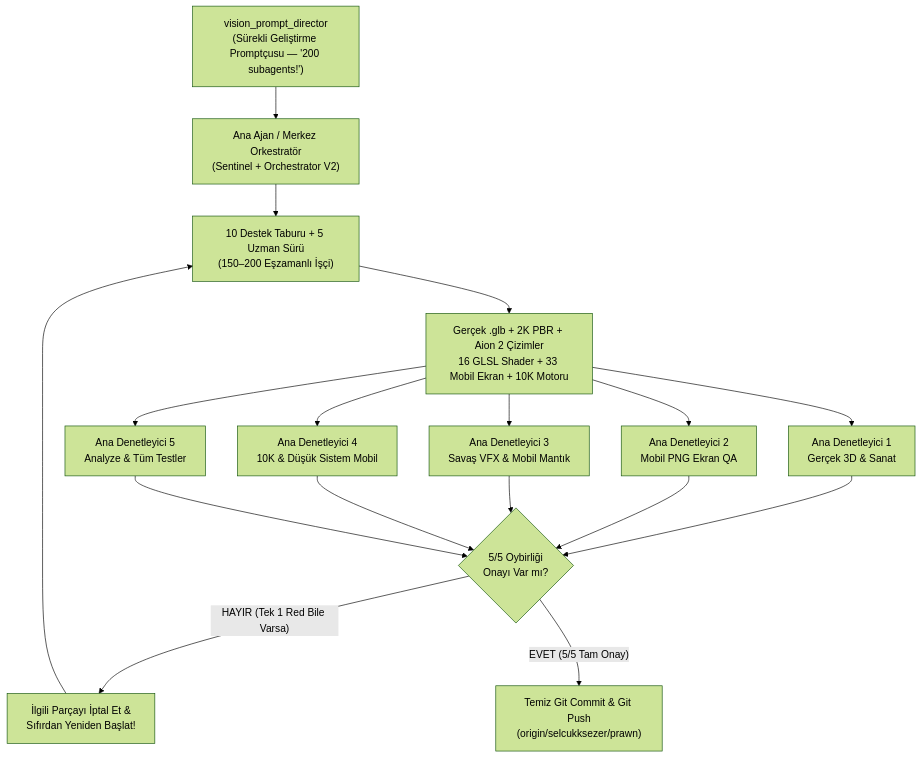
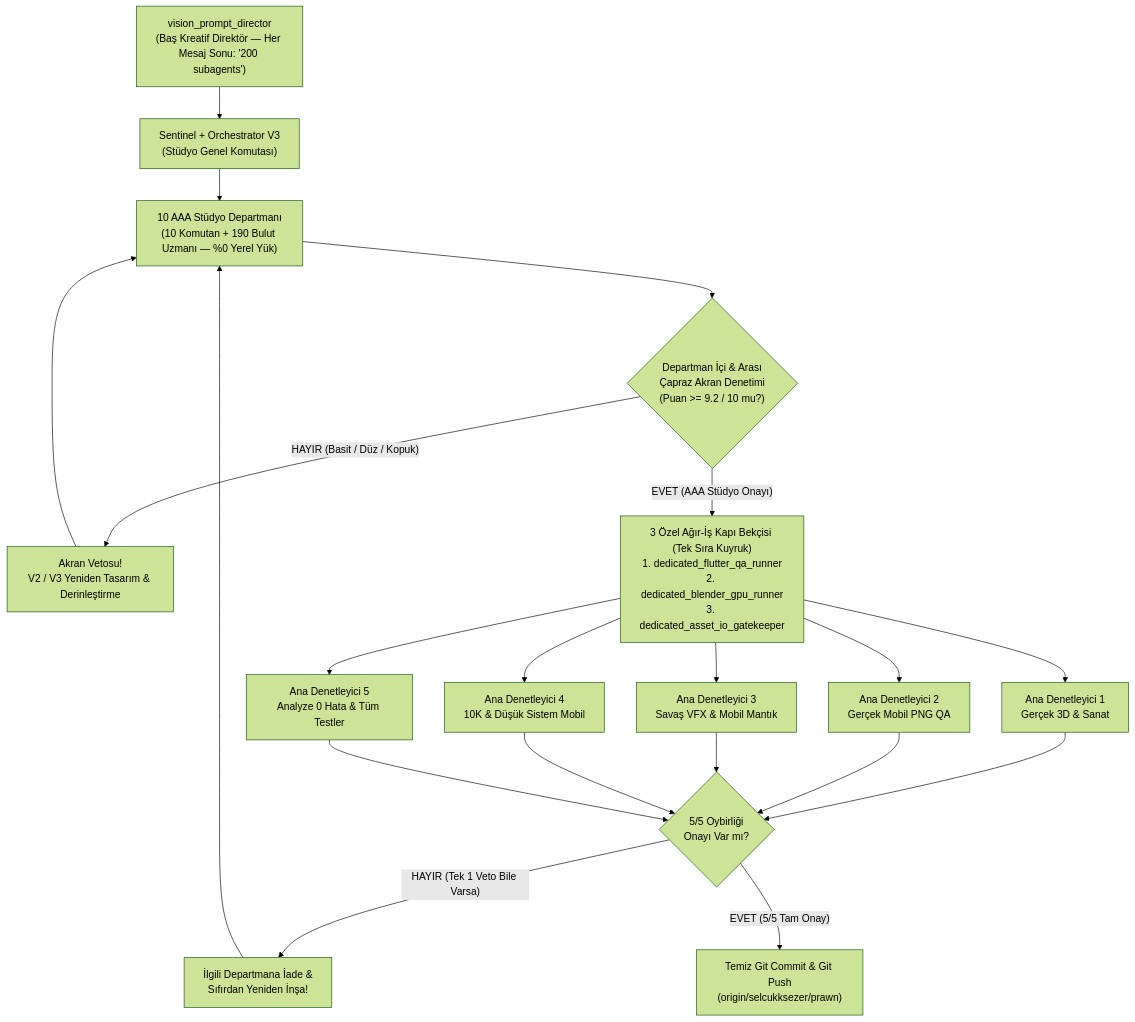
The diagram in PROMPT_ORDUSU.md (selcukksezer/gkk_flutter), drawn with Mermaid (forest theme) before and after one commit. The commit also changed other lines of this file, not shown here.

Commit message:
docs: add studio peer-audit & PC-safe rules

````diff
--- a/PROMPT_ORDUSU.md
+++ b/PROMPT_ORDUSU.md
@@ -362,15 +344,18 @@
 ```mermaid
 flowchart TD
-    VPD["vision_prompt_director\n(Sürekli Geliştirme Promptçusu — '200 subagents!')"] --> ORCH["Ana Ajan / Merkez Orkestratör\n(Sentinel + Orchestrator V2)"]
-    ORCH --> BAT["10 Destek Taburu + 5 Uzman Sürü\n(150–200 Eşzamanlı İşçi)"]
-    BAT --> OUT["Gerçek .glb + 2K PBR + Aion 2 Çizimler\n16 GLSL Shader + 33 Mobil Ekran + 10K Motoru"]
-    OUT --> A1["Ana Denetleyici 1\nGerçek 3D & Sanat"]
-    OUT --> A2["Ana Denetleyici 2\nMobil PNG Ekran QA"]
-    OUT --> A3["Ana Denetleyici 3\nSavaş VFX & Mobil Mantık"]
-    OUT --> A4["Ana Denetleyici 4\n10K & Düşük Sistem Mobil"]
-    OUT --> A5["Ana Denetleyici 5\nAnalyze & Tüm Testler"]
-    A1 & A2 & A3 & A4 & A5 --> DECISION{"5/5 Oybirliği\nOnayı Var mı?"}
-    DECISION -- "HAYIR (Tek 1 Red Bile Varsa)" --> REBUILD["İlgili Parçayı İptal Et &\nSıfırdan Yeniden Başlat!"]
-    REBUILD --> BAT
-    DECISION -- "EVET (5/5 Tam Onay)" --> GIT["Temiz Git Commit & Git Push\n(origin/selcukksezer/prawn)"]
+    VPD["vision_prompt_director\n(Baş Kreatif Direktör — Her Mesaj Sonu: '200 subagents')"] --> CMD["Sentinel + Orchestrator V3\n(Stüdyo Genel Komutası)"]
+    CMD --> DEPTS["10 AAA Stüdyo Departmanı\n(10 Komutan + 190 Bulut Uzmanı — %0 Yerel Yük)"]
+    DEPTS --> PEER{"Departman İçi & Arası\nÇapraz Akran Denetimi\n(Puan >= 9.2 / 10 mu?)"}
+    PEER -- "HAYIR (Basit / Düz / Kopuk)" --> V2V3["Akran Vetosu!\nV2 / V3 Yeniden Tasarım & Derinleştirme"]
+    V2V3 --> DEPTS
+    PEER -- "EVET (AAA Stüdyo Onayı)" --> GATE["3 Özel Ağır-İş Kapı Bekçisi (Tek Sıra Kuyruk)\n1. dedicated_flutter_qa_runner\n2. dedicated_blender_gpu_runner\n3. dedicated_asset_io_gatekeeper"]
+    GATE --> A1["Ana Denetleyici 1\nGerçek 3D & Sanat"]
+    GATE --> A2["Ana Denetleyici 2\nGerçek Mobil PNG QA"]
+    GATE --> A3["Ana Denetleyici 3\nSavaş VFX & Mobil Mantık"]
+    GATE --> A4["Ana Denetleyici 4\n10K & Düşük Sistem Mobil"]
+    GATE --> A5["Ana Denetleyici 5\nAnalyze 0 Hata & Tüm Testler"]
+    A1 & A2 & A3 & A4 & A5 --> COUNCIL{"5/5 Oybirliği\nOnayı Var mı?"}
+    COUNCIL -- "HAYIR (Tek 1 Veto Bile Varsa)" --> REBUILD["İlgili Departmana İade &\nSıfırdan Yeniden İnşa!"]
+    REBUILD --> DEPTS
+    COUNCIL -- "EVET (5/5 Tam Onay)" --> GIT["Temiz Git Commit & Git Push\n(origin/selcukksezer/prawn)"]
 ```
````
